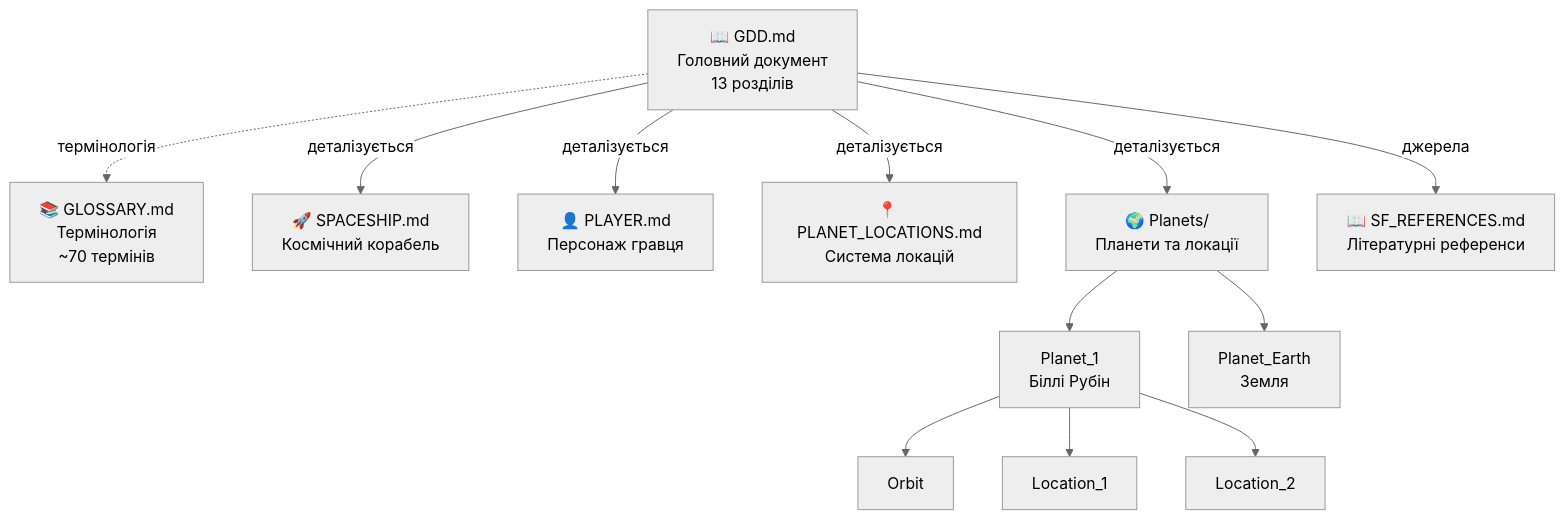
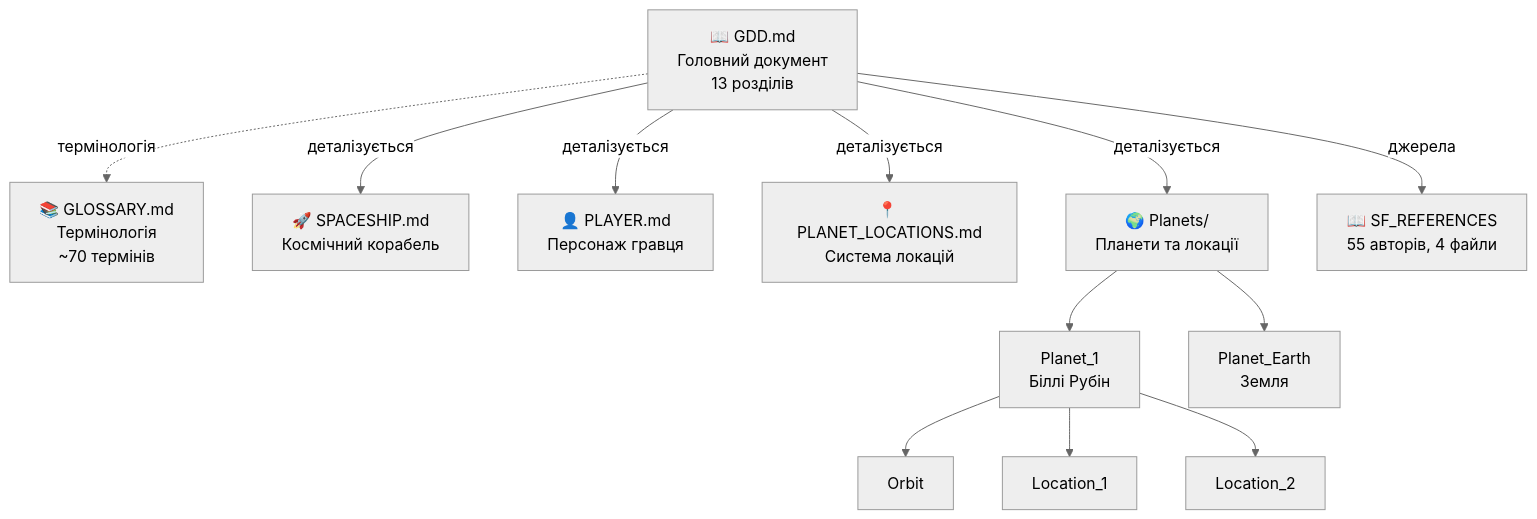
Before and after one commit to nick-fedchik/CallOfRelics: the diagram in Docs/GameDesign/README.md, drawn with Mermaid (neutral theme). The commit also changed other lines of this file and 4 other files, not shown here.

````diff
--- a/Docs/GameDesign/README.md
+++ b/Docs/GameDesign/README.md
@@ -240,18 +242,18 @@
 ```mermaid
 flowchart TB
     GDD[📖 GDD.md<br/>Головний документ<br/>13 розділів]
     GLOSS[📚 GLOSSARY.md<br/>Термінологія<br/>~70 термінів]
     GDD -->|деталізується| SHIP[🚀 SPACESHIP.md<br/>Космічний корабель]
     GDD -->|деталізується| PLAYER[👤 PLAYER.md<br/>Персонаж гравця]
     GDD -->|деталізується| LOCS[📍 PLANET_LOCATIONS.md<br/>Система локацій]
     GDD -->|деталізується| PLANETS[🌍 Planets/<br/>Планети та локації]
-    GDD -->|джерела| SFREF[📖 SF_REFERENCES.md<br/>Літературні референси]
+    GDD -->|джерела| SFREF[📖 SF_REFERENCES<br/>55 авторів, 4 файли]
     GDD -.->|термінологія| GLOSS
 
     PLANETS --> P1[Planet_1<br/>Біллі Рубін]
     PLANETS --> PE[Planet_Earth<br/>Земля]
 
     P1 --> ORBIT[Orbit]
     P1 --> LOC1[Location_1]
     P1 --> LOC2[Location_2]
 ```
````
